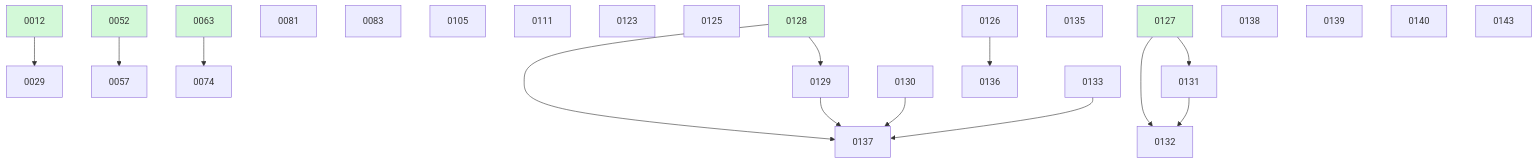
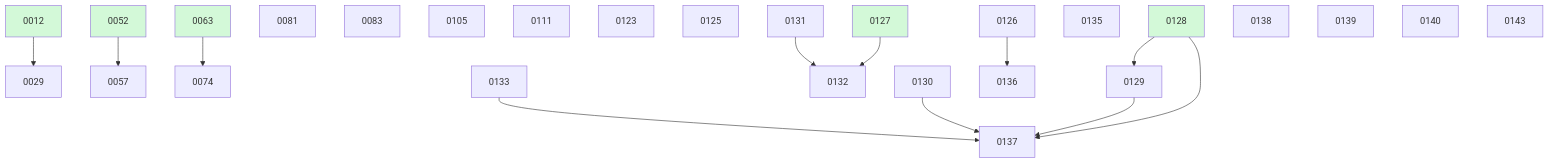
The diagram in docs/changes/BOARD.md (ethanhinson/fuse), drawn with Mermaid before and after one commit. The commit also changed other lines of this file and 2 other files, not shown here.

````diff
--- a/docs/changes/BOARD.md
+++ b/docs/changes/BOARD.md
@@ -45,33 +44,32 @@
 ```mermaid
 graph TD
   0012 --> 0029
   0052 --> 0057
   0063 --> 0074
   0081
   0083
   0105
   0111
   0123
   0125
   0128 --> 0129
-  0127 --> 0131
   0127 --> 0132
   0131 --> 0132
   0133
   0135
   0126 --> 0136
   0128 --> 0137
   0129 --> 0137
   0130 --> 0137
   0133 --> 0137
   0138
   0139
   0140
   0143
   0012:::done
   0052:::done
   0063:::done
   0127:::done
   0128:::done
   classDef done fill:#d3f9d8;
 ```
````
